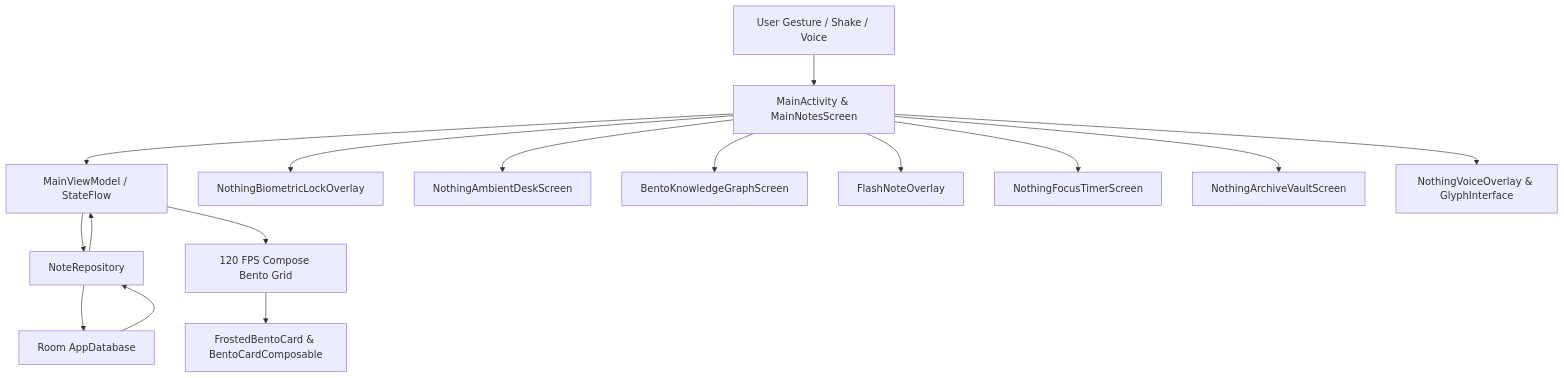
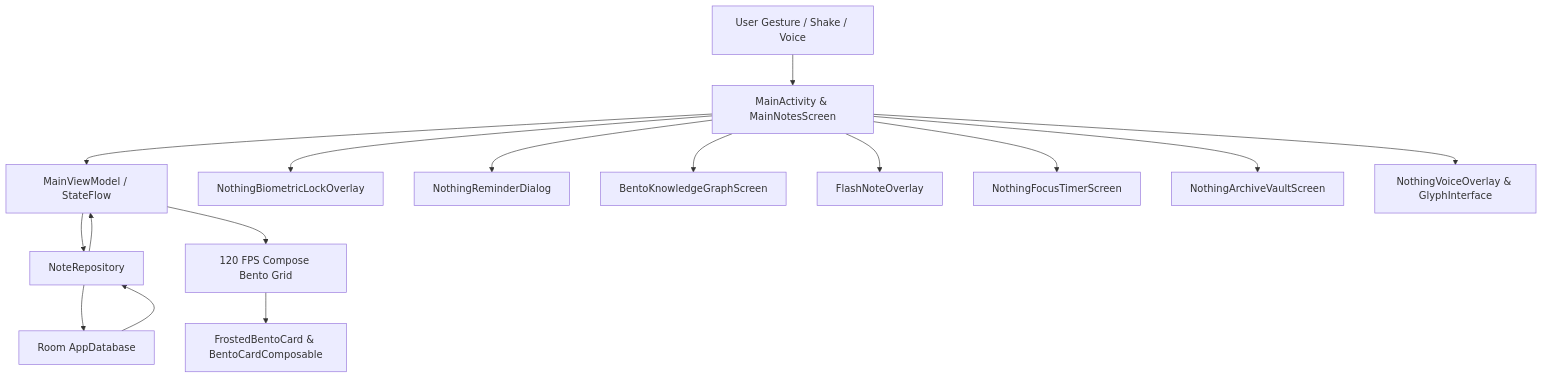
The diagram in README.md (bloodlustninja/No.memo), drawn with Mermaid before and after one commit. The commit also changed other lines of this file and 15 other files, not shown here.

````diff
--- a/README.md
+++ b/README.md
@@ -99,18 +106,18 @@
 ```mermaid
 graph TD
     A[User Gesture / Shake / Voice] --> B[MainActivity & MainNotesScreen]
     B --> C[MainViewModel / StateFlow]
     C --> D[NoteRepository]
     D --> E[Room AppDatabase]
     E --> D
     D --> C
     C --> F[120 FPS Compose Bento Grid]
     F --> G[FrostedBentoCard & BentoCardComposable]
     B --> H[NothingBiometricLockOverlay]
-    B --> I[NothingAmbientDeskScreen]
+    B --> I[NothingReminderDialog]
     B --> J[BentoKnowledgeGraphScreen]
     B --> K[FlashNoteOverlay]
     B --> L[NothingFocusTimerScreen]
     B --> M[NothingArchiveVaultScreen]
     B --> N[NothingVoiceOverlay & GlyphInterface]
 ```
````
